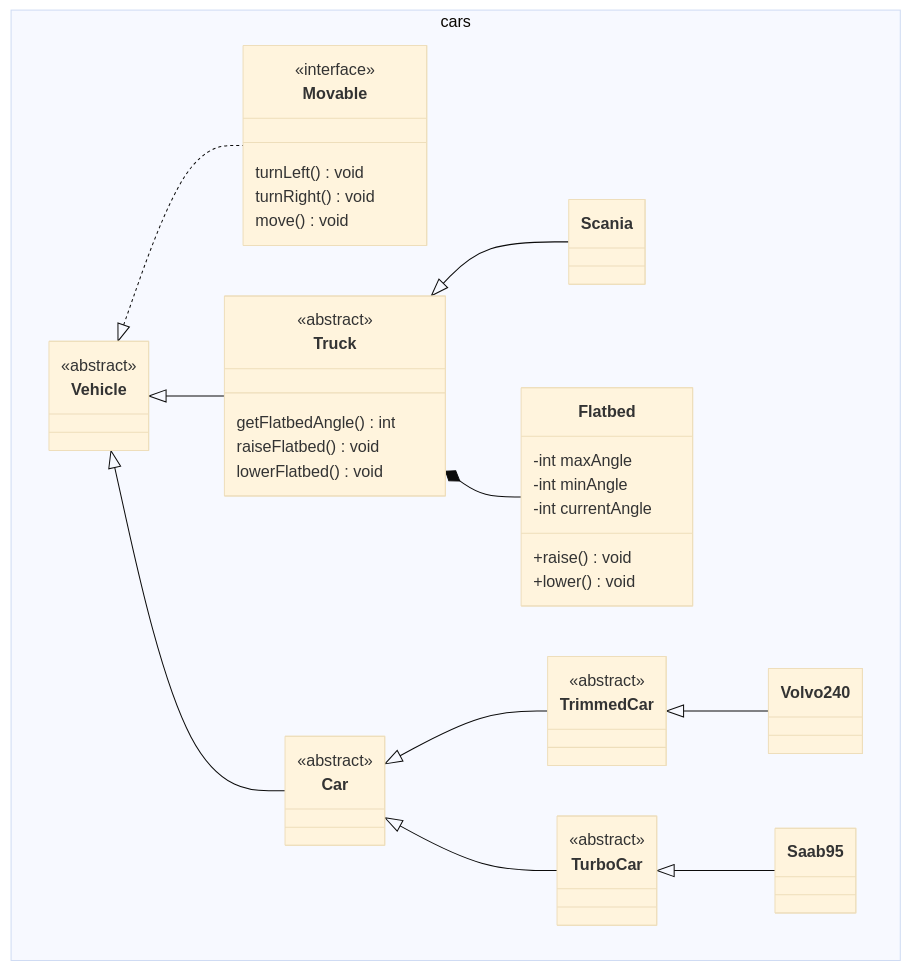
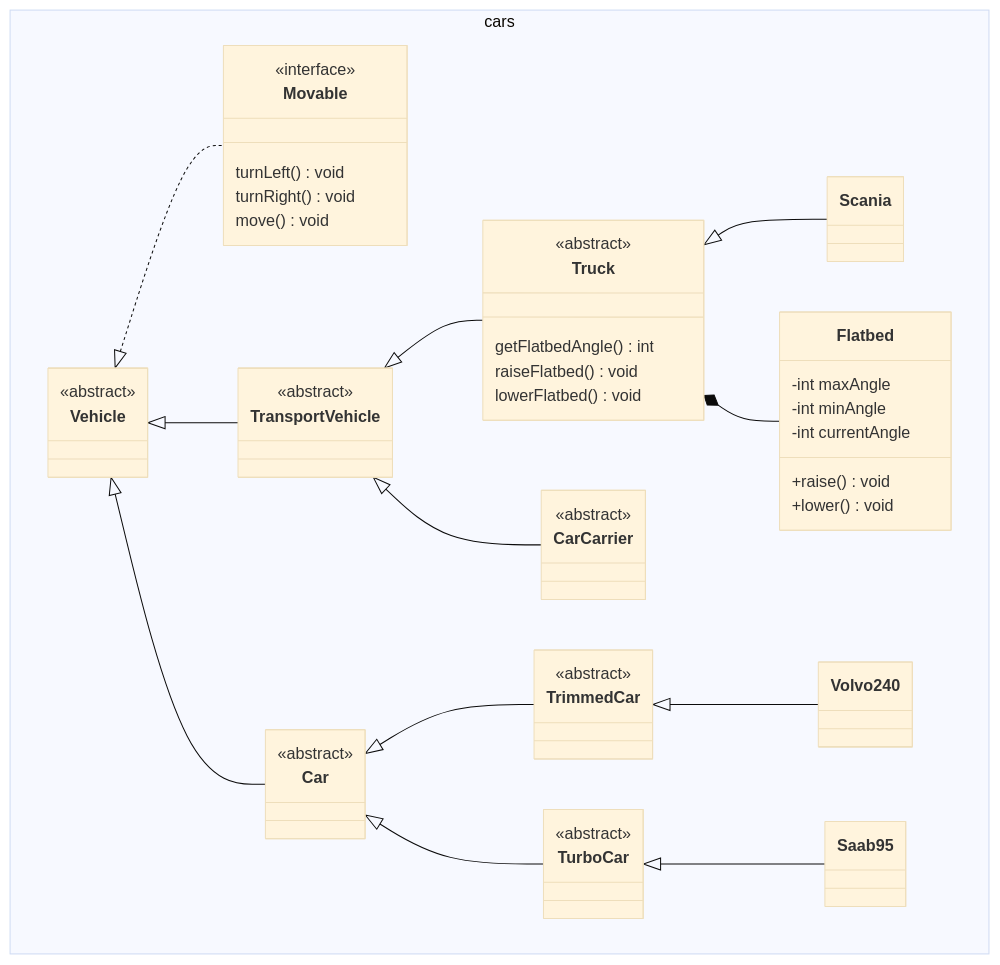
One commit to hasicx/TDA553-lab1 changed the diagram in docs/class-diagram.md. Above: the diagram before and after it, drawn with Mermaid (base theme).

Commit message:
docs: Add class hierarchy outline for transport vehicles

````diff
--- a/docs/class-diagram.md
+++ b/docs/class-diagram.md
@@ -1,66 +1,76 @@
 ```mermaid
 
 classDiagram
 
   namespace cars {
 
     class Movable{
       turnLeft() void
       turnRight() void
       move() void
     }
 
     class Vehicle {
+    }
+
+    class TransportVehicle {
+    }
+
+    class CarCarrier {
     }
 
     class Truck {
       getFlatbedAngle() int
       raiseFlatbed() void
       lowerFlatbed() void
     }
 
     class Scania {
     }
 
     class Flatbed {
       -int maxAngle
       -int minAngle
       -int currentAngle
       +raise() void
       +lower() void
     }
 
     class Car {
     }
 
     class TrimmedCar {
     }
 
     class TurboCar {
     }
 
     class Volvo240 {
     }
 
     class Saab95 {
     }
   }
 
   <<abstract>> Vehicle
+  <<abstract>> TransportVehicle
+  <<abstract>> CarCarrier
   <<abstract>> Truck
   <<abstract>> Car
   <<abstract>> TrimmedCar
   <<abstract>> TurboCar
   <<interface>> Movable
 
   Vehicle <|.. Movable
+  Vehicle <|-- TransportVehicle
   Vehicle <|-- Car
-  Vehicle <|-- Truck
+  TransportVehicle <|-- Truck
+  TransportVehicle <|-- CarCarrier
   Truck <|-- Scania
   Truck *-- Flatbed
   Car <|-- TrimmedCar
   Car <|-- TurboCar
   TrimmedCar <|-- Volvo240
   TurboCar <|-- Saab95
 
 ```
````
